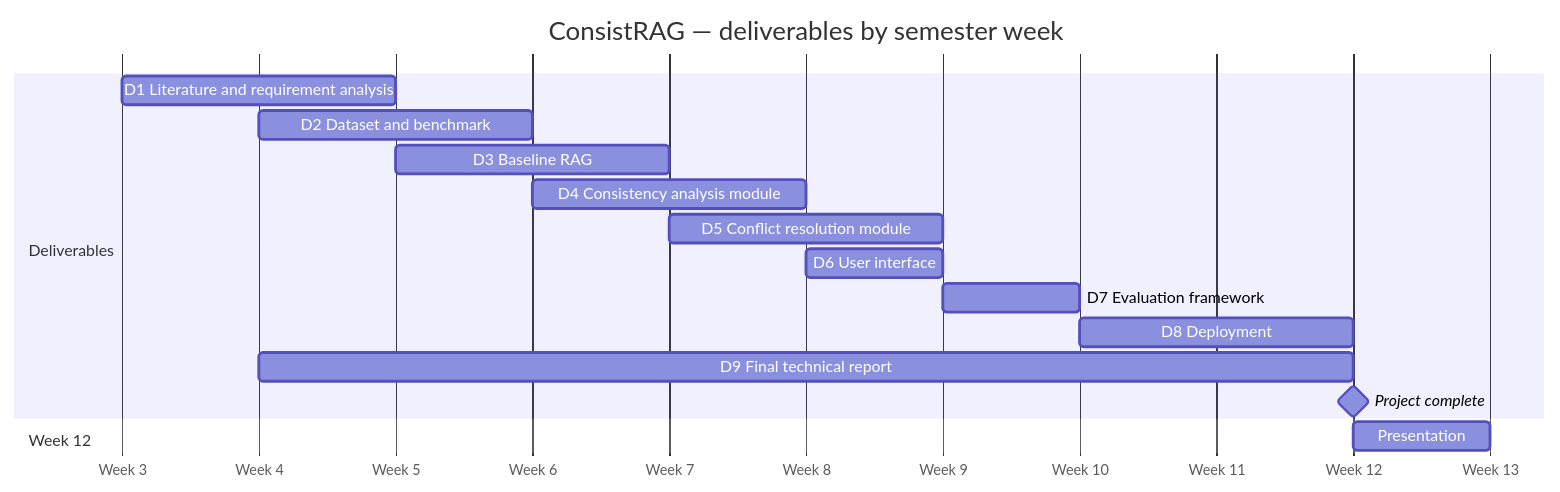
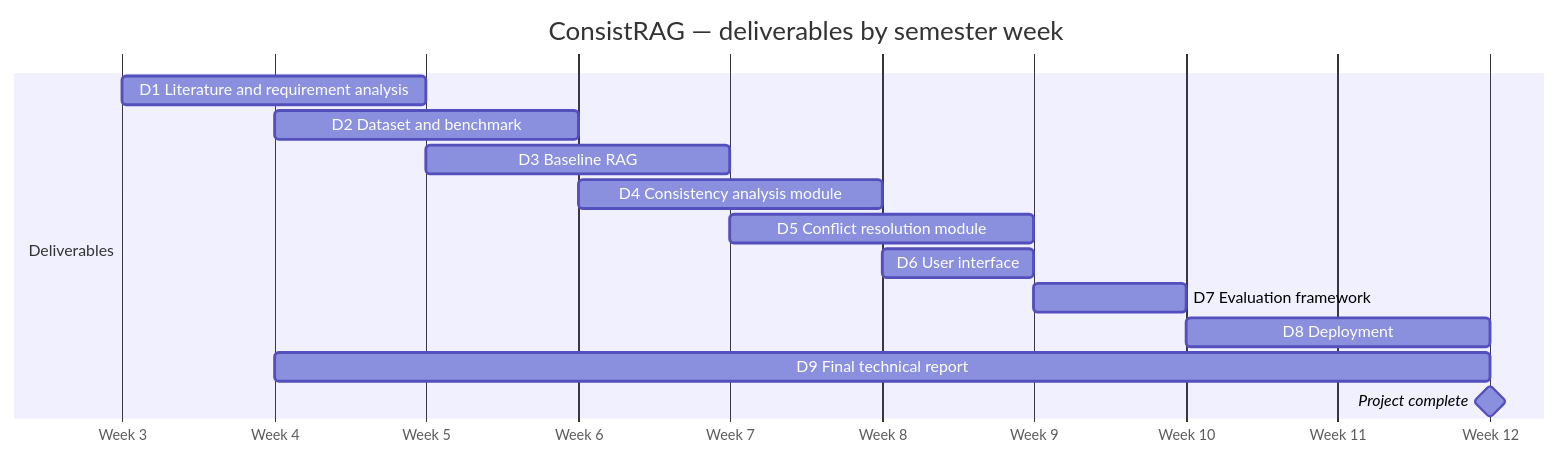
One commit to GDaycer/ConsistRAG changed the diagram in docs/gantt.md. Above: the diagram before and after it, drawn with Mermaid. The commit also changed other lines of this file and 1 other file, not shown here.

Commit message:
Remove presentation bar from Gantt chart
Claude-Session: https://claude.ai/code/session_01FHxSgmcjkLqEFFrcDcbkh9

````diff
--- a/docs/gantt.md
+++ b/docs/gantt.md
@@ -7,24 +7,21 @@
 ```mermaid
 gantt
     title ConsistRAG — deliverables by semester week
     dateFormat YYYY-MM-DD
     axisFormat Week %-W
     tickInterval 1week
     weekday monday
     todayMarker off
 
     section Deliverables
     D1 Literature and requirement analysis   :d1, 2024-01-15, 14d
     D2 Dataset and benchmark                 :d2, 2024-01-22, 14d
     D3 Baseline RAG                          :d3, 2024-01-29, 14d
     D4 Consistency analysis module           :d4, 2024-02-05, 14d
     D5 Conflict resolution module            :d5, 2024-02-12, 14d
     D6 User interface                        :d6, 2024-02-19, 7d
     D7 Evaluation framework                  :d7, 2024-02-26, 7d
     D8 Deployment                            :d8, 2024-03-04, 14d
     D9 Final technical report                :d9, 2024-01-22, 56d
     Project complete                         :milestone, fin, 2024-03-18, 0d
-
-    section Week 12
-    Presentation                             :p, 2024-03-18, 7d
 ```
````
